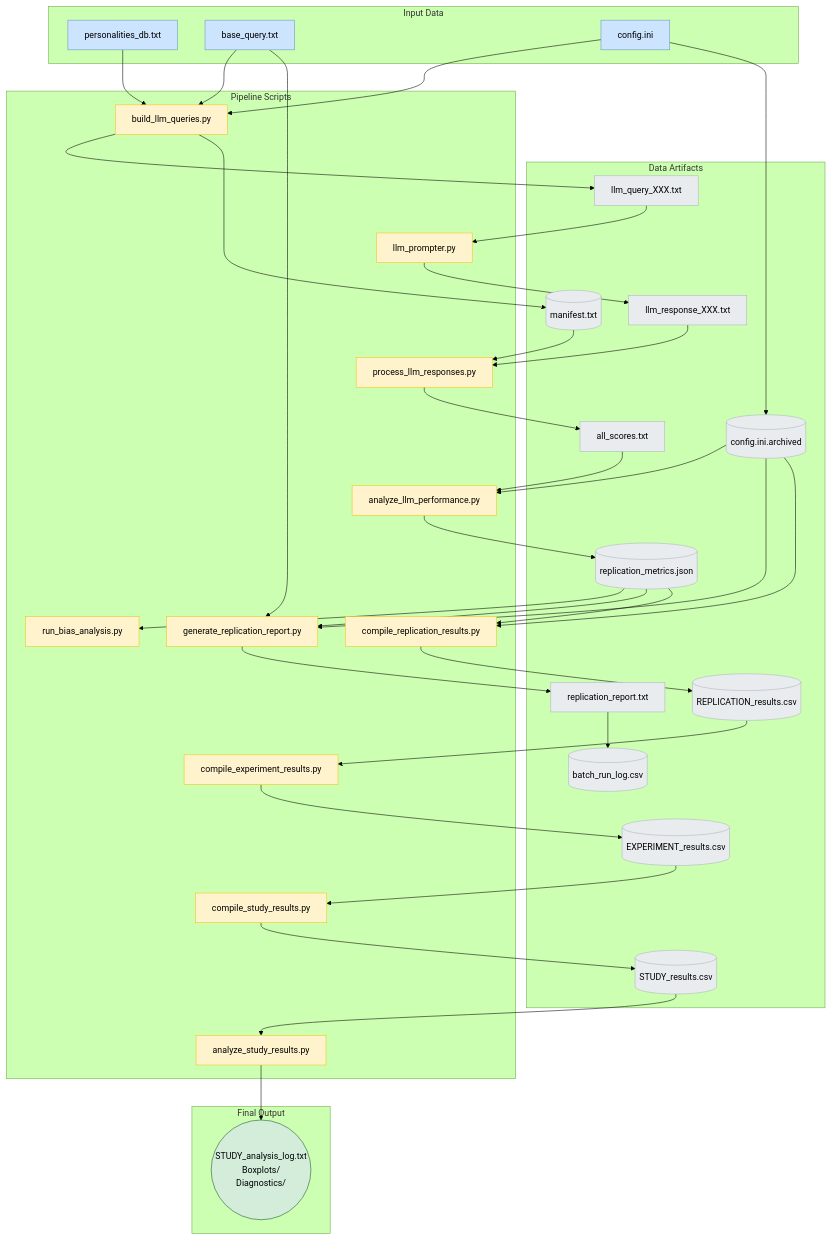
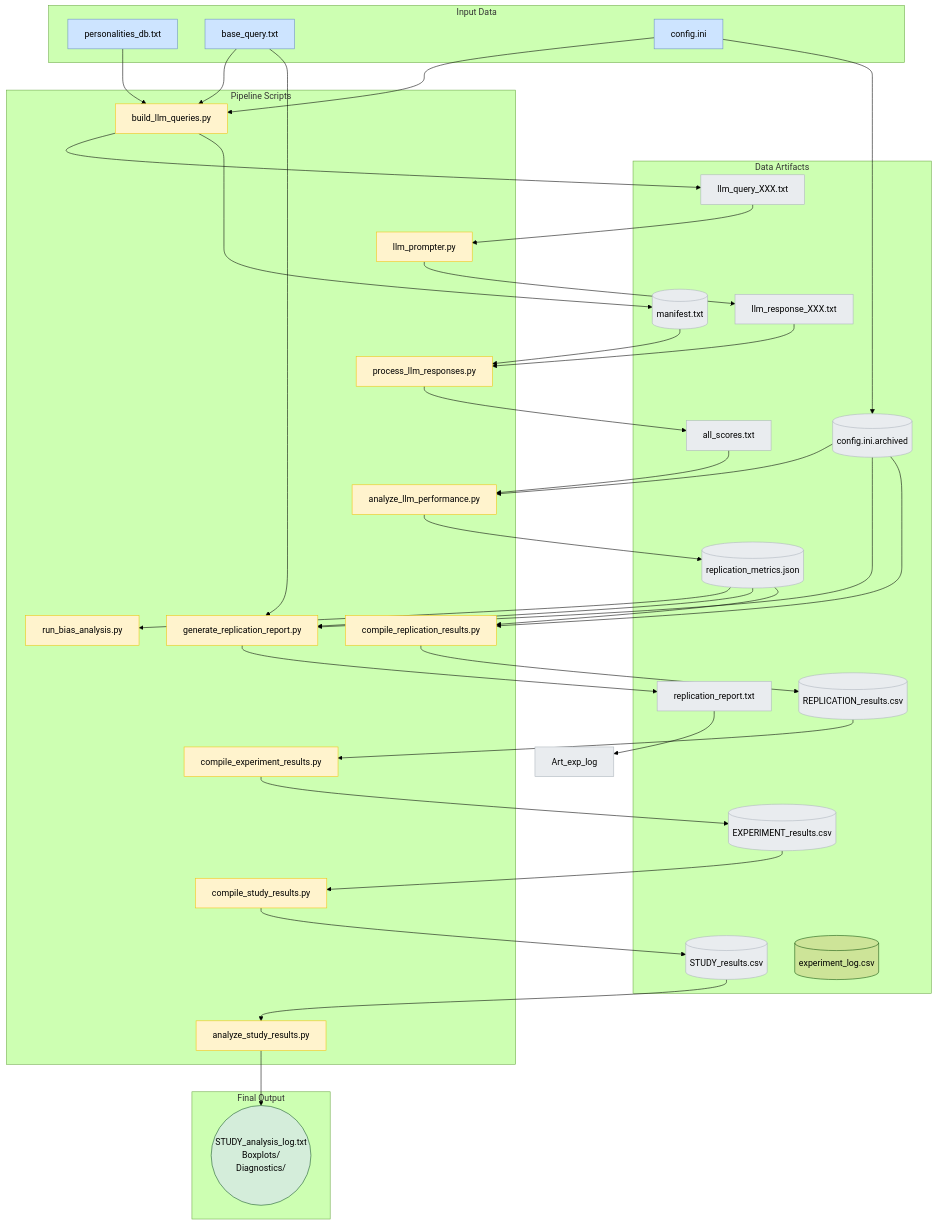
Before and after one commit to peterjmarko/llm-narrative-framework: the diagram in docs/diagrams/data_main_flow.mmd, drawn with Mermaid (forest theme). The commit also changed 15 other files, not shown here.

```diff
--- a/docs/diagrams/data_main_flow.mmd
+++ b/docs/diagrams/data_main_flow.mmd
@@ -1,90 +1,90 @@
 graph TD
     subgraph "Input Data"
         Input_PDB["personalities_db.txt"]
         Input_Query["base_query.txt"]
         Input_Config["config.ini"]
     end
 
     subgraph "Pipeline Scripts"
         Script1["build_llm_queries.py"]
         Script2["llm_prompter.py"]
         Script3["process_llm_responses.py"]
         Script4["analyze_llm_performance.py"]
         Script5["run_bias_analysis.py"]
         Script6["generate_replication_report.py"]
         Script7["compile_replication_results.py"]
         Script8["compile_experiment_results.py"]
         Script9["compile_study_results.py"]
         Script10["analyze_study_results.py"]
     end
 
     subgraph "Data Artifacts"
         Art_archive[("config.ini.archived")]
         Art_query["llm_query_XXX.txt"]
         Art_manifest[("manifest.txt")]
         Art_response["llm_response_XXX.txt"]
         Art_scores["all_scores.txt"]
         Art_metrics[("replication_metrics.json")]
         Art_report["replication_report.txt"]
         Art_rep_results[("REPLICATION_results.csv")]
         Art_exp_results[("EXPERIMENT_results.csv")]
         Art_study_results[("STUDY_results.csv")]
-        Art_batch_log[("batch_run_log.csv")]
+        Art_batch_log[("experiment_log.csv")]
     end
     
     subgraph "Final Output"
         FinalOutputs(("STUDY_analysis_log.txt<br/>Boxplots/<br/>Diagnostics/"))
     end
 
     %% --- Data Flow Connections ---
     Input_PDB & Input_Query & Input_Config --> Script1
     Input_Config --> Art_archive
     Script1 --> Art_query & Art_manifest
     Art_query --> Script2
     Script2 --> Art_response
     Art_response & Art_manifest --> Script3
     Script3 --> Art_scores
     Art_scores & Art_archive --> Script4
     Script4 --> Art_metrics
     Art_metrics --> Script5
     Art_metrics & Art_archive & Input_Query --> Script6
     Script6 --> Art_report
-    Art_report --> Art_batch_log
+    Art_report --> Art_exp_log
     Art_metrics & Art_archive --> Script7
     Script7 --> Art_rep_results
     Art_rep_results --> Script8
     Script8 --> Art_exp_results
     Art_exp_results --> Script9
     Script9 --> Art_study_results
     Art_study_results --> Script10
     Script10 --> FinalOutputs
 
     %% --- Inline Styling ---
     style Input_PDB fill:#cde4ff,stroke:#6c93be
     style Input_Query fill:#cde4ff,stroke:#6c93be
     style Input_Config fill:#cde4ff,stroke:#6c93be
     
     style Script1 fill:#fff3cd,stroke:#f1c40f
     style Script2 fill:#fff3cd,stroke:#f1c40f
     style Script3 fill:#fff3cd,stroke:#f1c40f
     style Script4 fill:#fff3cd,stroke:#f1c40f
     style Script5 fill:#fff3cd,stroke:#f1c40f
     style Script6 fill:#fff3cd,stroke:#f1c40f
     style Script7 fill:#fff3cd,stroke:#f1c40f
     style Script8 fill:#fff3cd,stroke:#f1c40f
     style Script9 fill:#fff3cd,stroke:#f1c40f
     style Script10 fill:#fff3cd,stroke:#f1c40f
 
     style Art_archive fill:#e9ecef,stroke:#adb5bd
     style Art_query fill:#e9ecef,stroke:#adb5bd
     style Art_manifest fill:#e9ecef,stroke:#adb5bd
     style Art_response fill:#e9ecef,stroke:#adb5bd
     style Art_scores fill:#e9ecef,stroke:#adb5bd
     style Art_metrics fill:#e9ecef,stroke:#adb5bd
     style Art_report fill:#e9ecef,stroke:#adb5bd
     style Art_rep_results fill:#e9ecef,stroke:#adb5bd
     style Art_exp_results fill:#e9ecef,stroke:#adb5bd
     style Art_study_results fill:#e9ecef,stroke:#adb5bd
-    style Art_batch_log fill:#e9ecef,stroke:#adb5bd
+    style Art_exp_log fill:#e9ecef,stroke:#adb5bd
     
     style FinalOutputs fill:#d4edda,stroke:#155724
```
